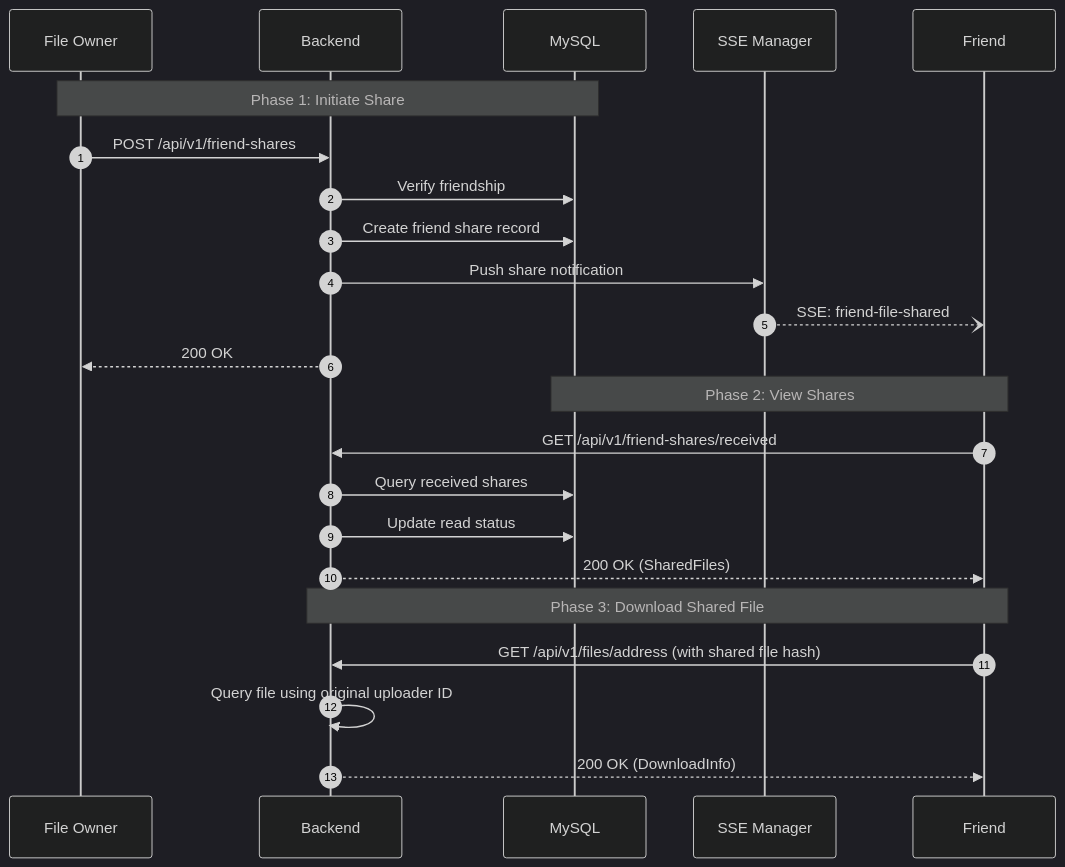
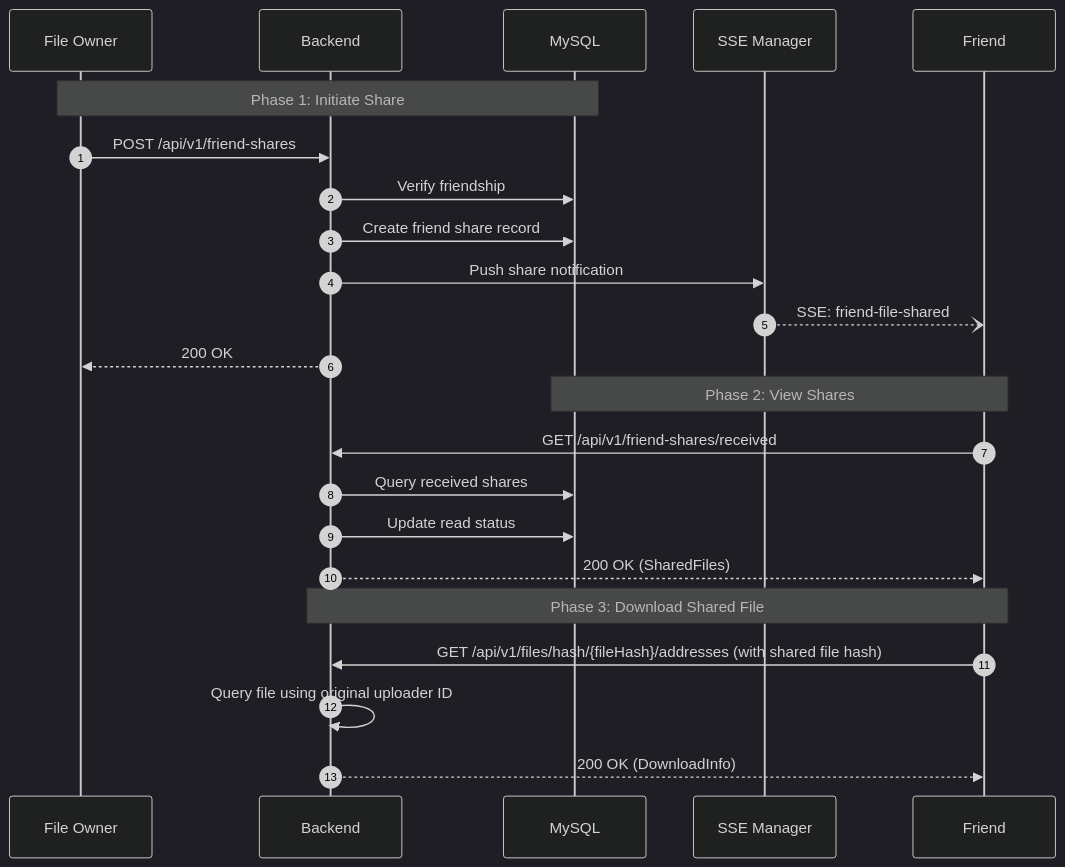
The fifth of 9 diagrams in docs/en/architecture/system-overview.md (SoarCollab/RecordPlatform), drawn with Mermaid (dark theme) before and after one commit. The commit also changed other lines of this file and 23 other files, not shown here.

````diff
--- a/docs/en/architecture/system-overview.md
+++ b/docs/en/architecture/system-overview.md
@@ -213,29 +213,29 @@
 ```mermaid
 sequenceDiagram
     autonumber
 
     participant Owner as File Owner
     participant Backend
     participant DB as MySQL
     participant SSE as SSE Manager
     participant Friend
 
     Note over Owner, DB: Phase 1: Initiate Share
     Owner->>Backend: POST /api/v1/friend-shares
     Backend->>DB: Verify friendship
     Backend->>DB: Create friend share record
     Backend->>SSE: Push share notification
     SSE--)Friend: SSE: friend-file-shared
     Backend-->>Owner: 200 OK
 
     Note over Friend, DB: Phase 2: View Shares
     Friend->>Backend: GET /api/v1/friend-shares/received
     Backend->>DB: Query received shares
     Backend->>DB: Update read status
     Backend-->>Friend: 200 OK (SharedFiles)
 
     Note over Friend, Backend: Phase 3: Download Shared File
-    Friend->>Backend: GET /api/v1/files/address (with shared file hash)
+    Friend->>Backend: GET /api/v1/files/hash/{fileHash}/addresses (with shared file hash)
     Backend->>Backend: Query file using original uploader ID
     Backend-->>Friend: 200 OK (DownloadInfo)
 ```
````
